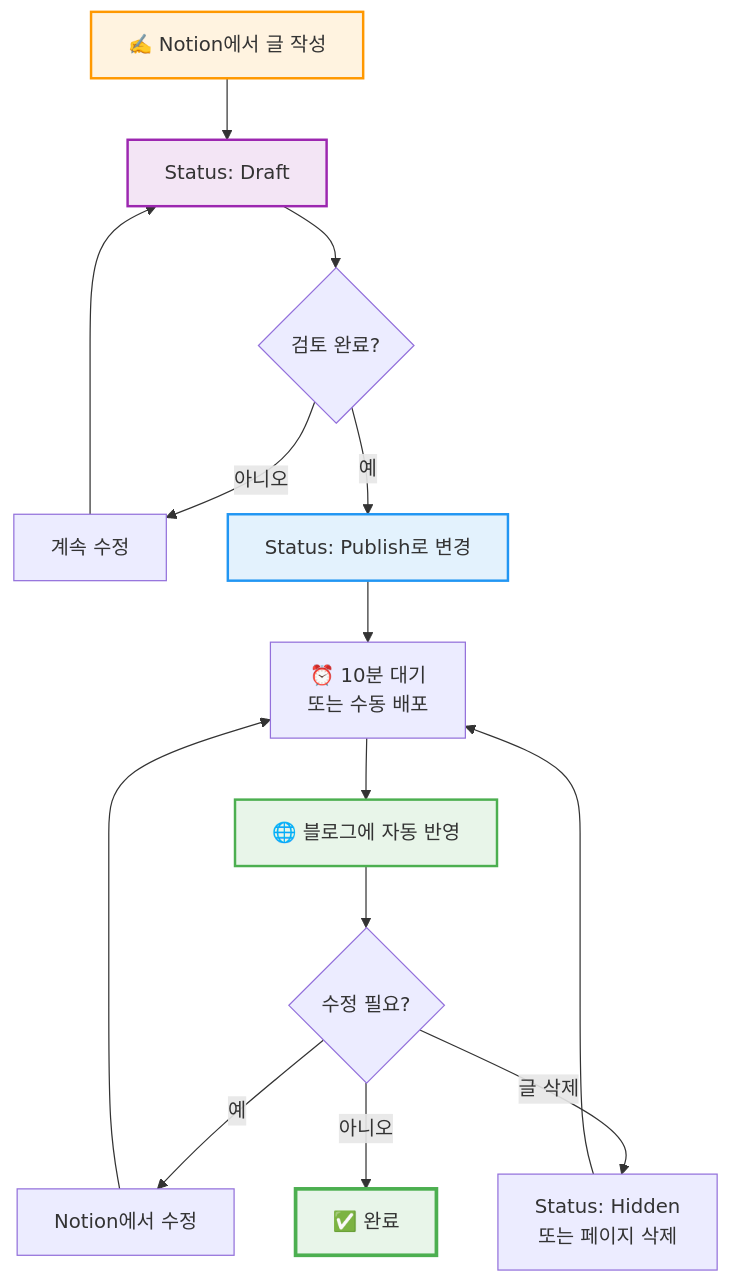
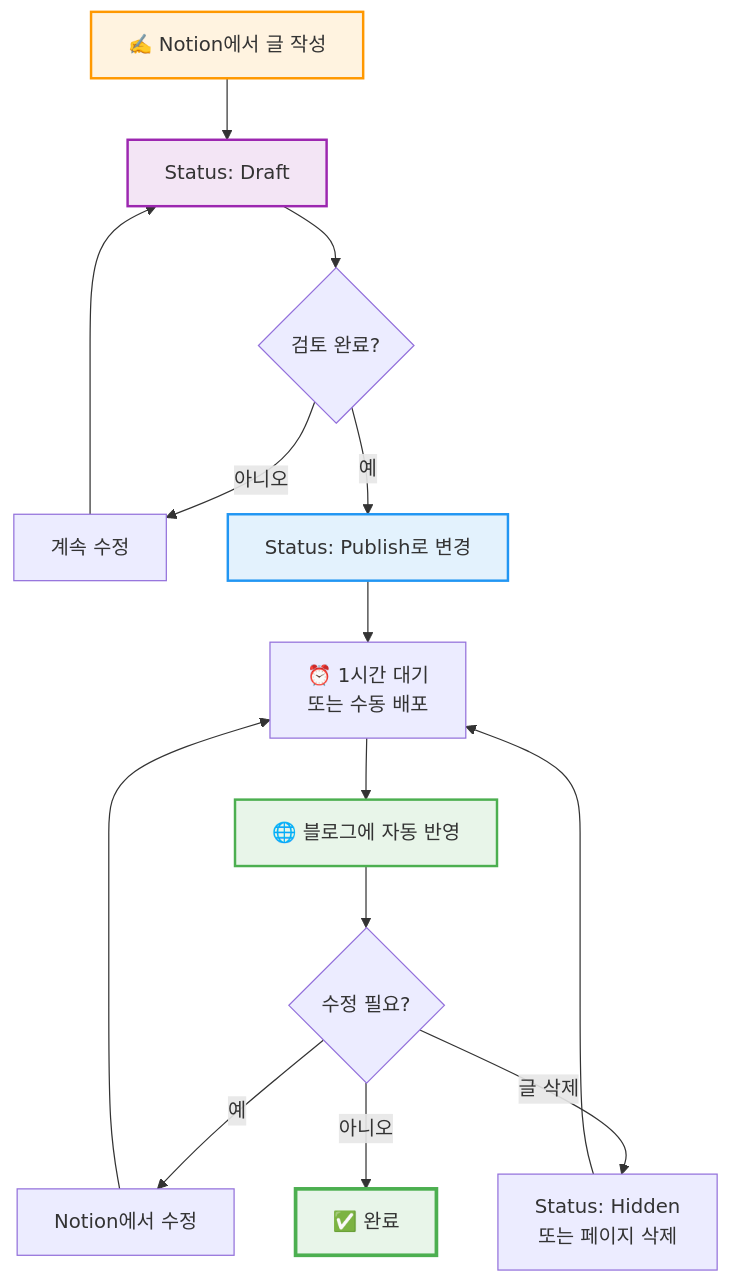
One commit to freelife1191/nextjs-notion-blog changed the sixth of 7 diagrams in docs/NON_DEVELOPER_GUIDE.md. Above: the diagram before and after it, drawn with Mermaid. The commit also changed other lines of this file and 5 other files, not shown here.

````diff
--- a/docs/NON_DEVELOPER_GUIDE.md
+++ b/docs/NON_DEVELOPER_GUIDE.md
@@ -1113,22 +1113,22 @@
 ```mermaid
 graph TD
     Write[✍️ Notion에서 글 작성] --> Draft[Status: Draft]
     Draft --> Review{검토 완료?}
     Review -->|아니오| Edit[계속 수정]
     Edit --> Draft
     Review -->|예| Publish[Status: Publish로 변경]
-    Publish --> Wait[⏰ 10분 대기<br/>또는 수동 배포]
+    Publish --> Wait[⏰ 1시간 대기<br/>또는 수동 배포]
     Wait --> Live[🌐 블로그에 자동 반영]
     Live --> Update{수정 필요?}
     Update -->|예| ModifyNotion[Notion에서 수정]
     ModifyNotion --> Wait
     Update -->|글 삭제| Delete[Status: Hidden<br/>또는 페이지 삭제]
     Delete --> Wait
     Update -->|아니오| Done[✅ 완료]
 
     style Write fill:#fff3e0,stroke:#ff9800,stroke-width:2px
     style Draft fill:#f3e5f5,stroke:#9c27b0,stroke-width:2px
     style Publish fill:#e3f2fd,stroke:#2196f3,stroke-width:2px
     style Live fill:#e8f5e9,stroke:#4caf50,stroke-width:2px
     style Done fill:#e8f5e9,stroke:#4caf50,stroke-width:3px
 ```
````
